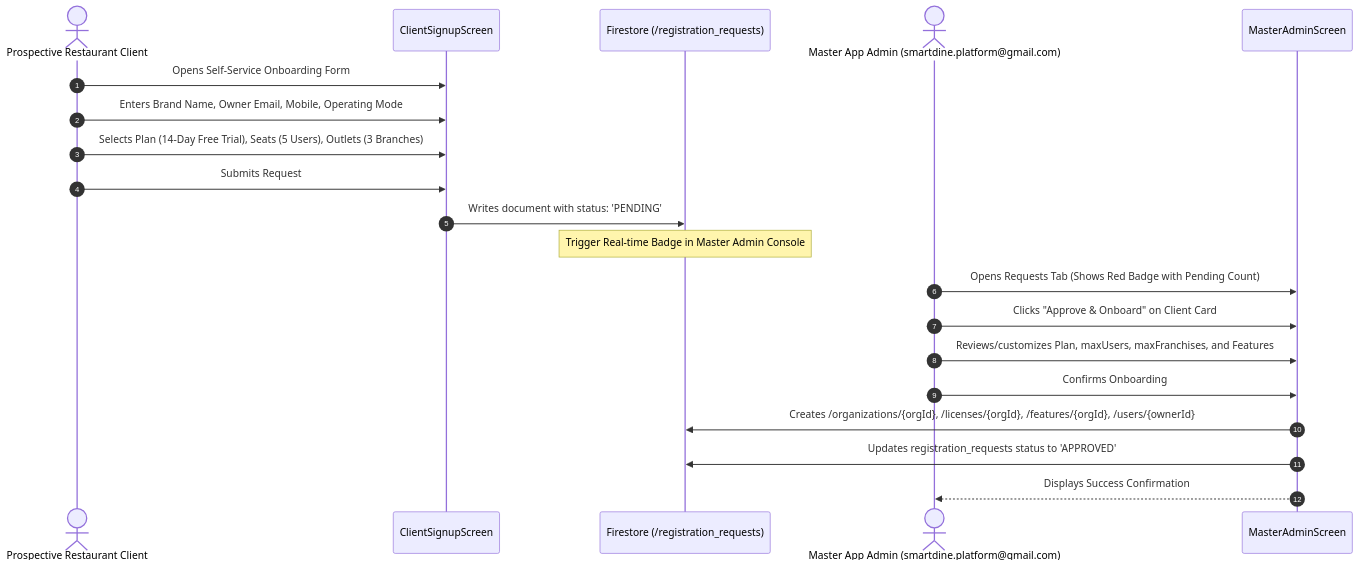
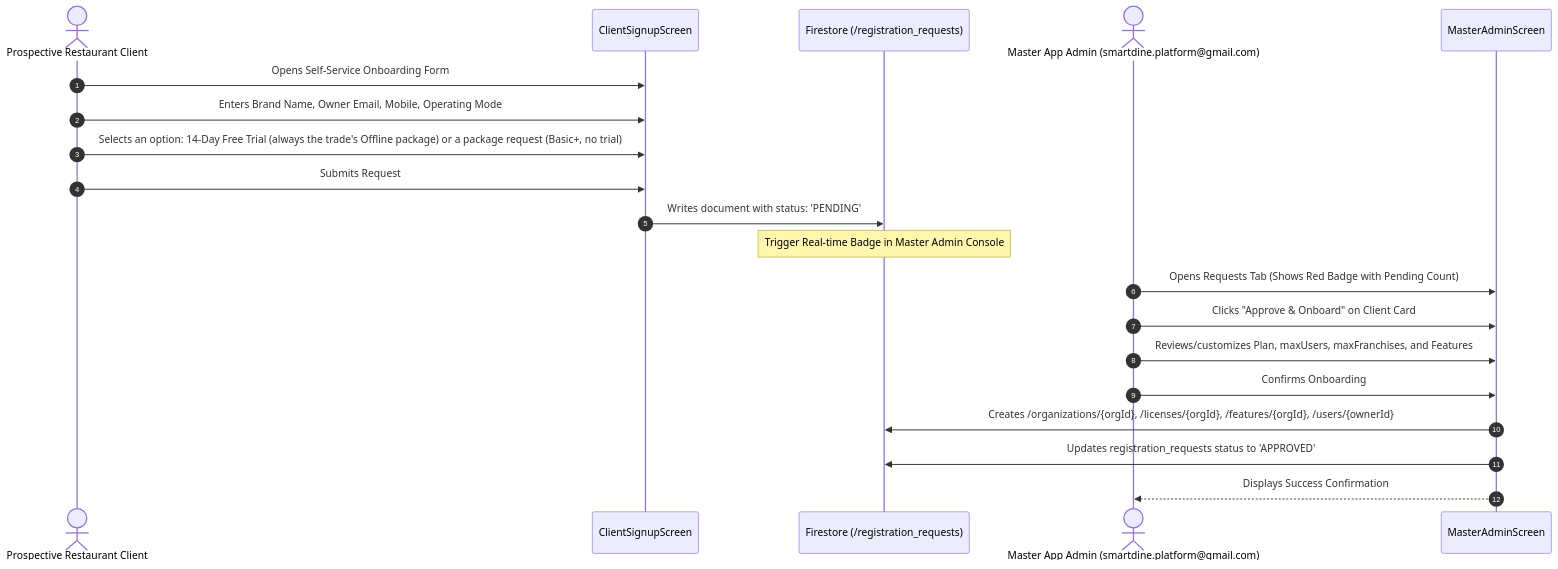
The first of 9 diagrams in FLOWS_AND_SCENARIOS.md (Santhosh-Guptha/smart_restaurant_pos), drawn with Mermaid before and after one commit. The commit also changed other lines of this file and 30 other files, not shown here.

First line of the commit message:
feat(trial): the free trial is the Offline package only; other tiers are request-only (app, Code.gs, website, docs)

````diff
--- a/FLOWS_AND_SCENARIOS.md
+++ b/FLOWS_AND_SCENARIOS.md
@@ -36,23 +36,23 @@
 ```mermaid
 sequenceDiagram
     autonumber
     actor Client as Prospective Restaurant Client
     participant Form as ClientSignupScreen
     participant FS as Firestore (/registration_requests)
     actor Admin as Master App Admin (smartdine.platform@gmail.com)
     participant MAC as MasterAdminScreen
 
     Client->>Form: Opens Self-Service Onboarding Form
     Client->>Form: Enters Brand Name, Owner Email, Mobile, Operating Mode
-    Client->>Form: Selects Plan (14-Day Free Trial), Seats (5 Users), Outlets (3 Branches)
+    Client->>Form: Selects an option: 14-Day Free Trial (always the trade's Offline package) or a package request (Basic+, no trial)
     Client->>Form: Submits Request
     Form->>FS: Writes document with status: 'PENDING'
     Note over FS: Trigger Real-time Badge in Master Admin Console
     Admin->>MAC: Opens Requests Tab (Shows Red Badge with Pending Count)
     Admin->>MAC: Clicks "Approve & Onboard" on Client Card
     Admin->>MAC: Reviews/customizes Plan, maxUsers, maxFranchises, and Features
     Admin->>MAC: Confirms Onboarding
     MAC->>FS: Creates /organizations/{orgId}, /licenses/{orgId}, /features/{orgId}, /users/{ownerId}
     MAC->>FS: Updates registration_requests status to 'APPROVED'
     MAC-->>Admin: Displays Success Confirmation
 ```
````
